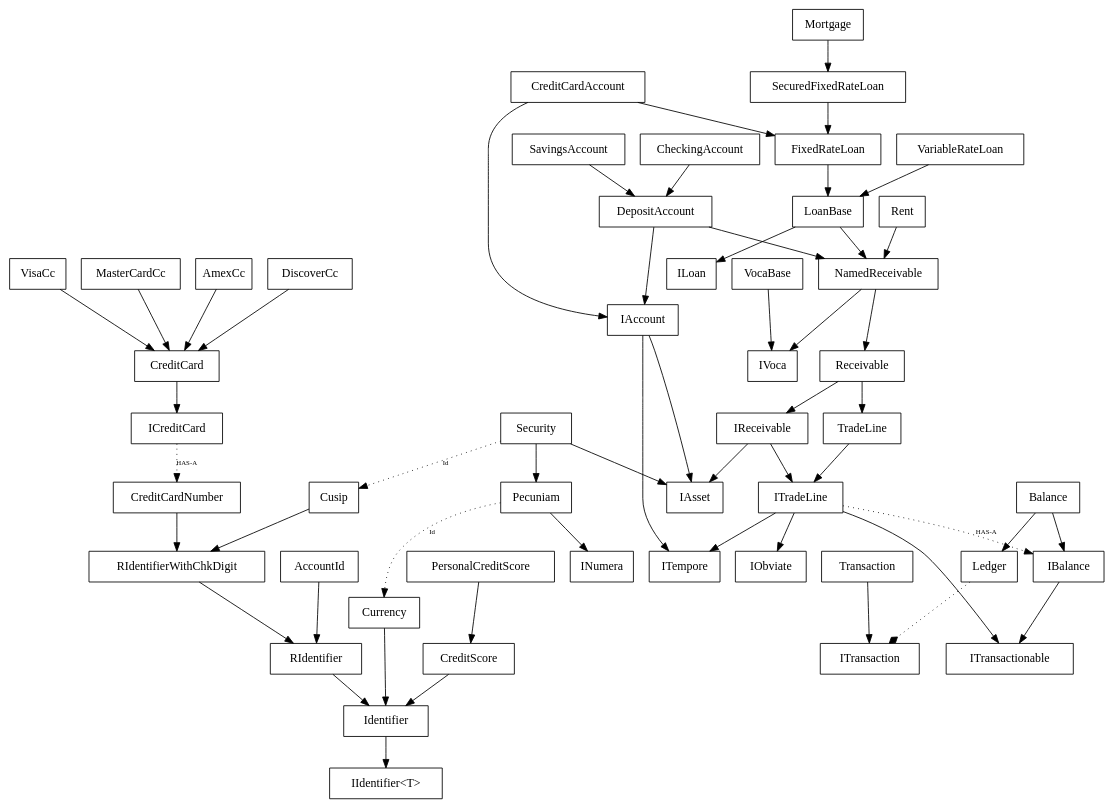
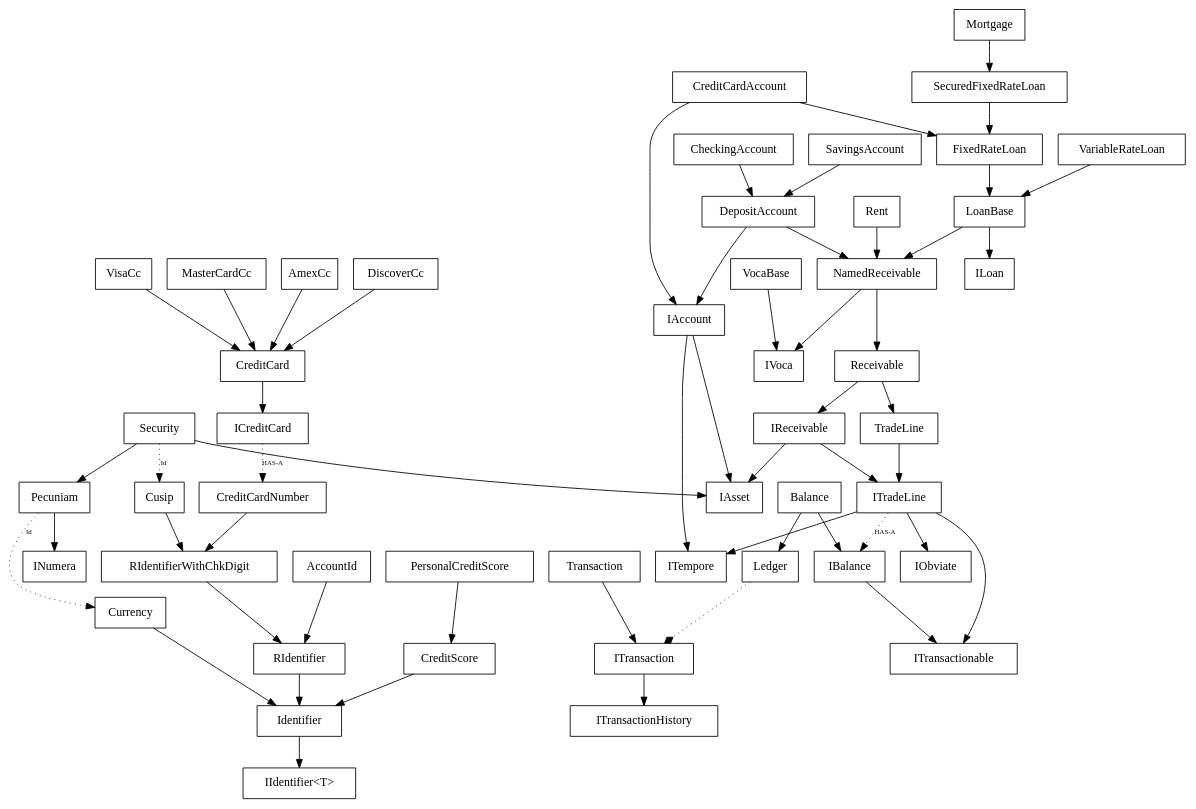
The diagram in trunk/Code/NoFuture/Rand/Sp/__ClassDiagram.gv (nofuture-git/31g), drawn with Graphviz before and after one commit. The commit also changed 5 other files, not shown here.

```diff
--- a/trunk/Code/NoFuture/Rand/Sp/__ClassDiagram.gv
+++ b/trunk/Code/NoFuture/Rand/Sp/__ClassDiagram.gv
@@ -1,58 +1,59 @@
 digraph noFutureRandDataSp {
     node [fontname=Consolas, shape=box]
     
     StringId [label="IIdentifier<T>"]
     
     Mortgage -> SecuredFixedRateLoan
     SecuredFixedRateLoan -> FixedRateLoan
     CreditCardAccount -> FixedRateLoan
     CreditCardAccount -> IAccount
     FixedRateLoan -> LoanBase
     LoanBase -> NamedReceivable
     Rent -> NamedReceivable
     CheckingAccount -> DepositAccount
     SavingsAccount -> DepositAccount
     DepositAccount -> NamedReceivable
     DepositAccount -> IAccount
     Receivable -> IReceivable
     Receivable -> TradeLine
     IReceivable -> ITradeLine
     IReceivable -> IAsset
     VocaBase -> IVoca
     LoanBase -> ILoan
     TradeLine -> ITradeLine
     ITradeLine -> ITempore
     ITradeLine -> ITransactionable
     ITradeLine -> IObviate
     IAccount -> IAsset
     IAccount -> ITempore
     NamedReceivable -> Receivable
     NamedReceivable -> IVoca
     ITradeLine -> IBalance [style="dotted" label="HAS-A",fontname=Consolas, fontsize=8]
     Balance -> IBalance
     Balance -> Ledger
     VariableRateLoan -> LoanBase
     Security -> IAsset
     Security -> Pecuniam
     Security -> Cusip [style="dotted", label="Id",fontname=Consolas, fontsize=8]
     Cusip -> RIdentifierWithChkDigit
     RIdentifierWithChkDigit -> RIdentifier
     RIdentifier -> Identifier
     Pecuniam -> Currency [style="dotted", label="Id",fontname=Consolas, fontsize=8]
     Currency -> Identifier
     Pecuniam -> INumera
     CreditScore -> Identifier
     PersonalCreditScore -> CreditScore
     CreditCardNumber -> RIdentifierWithChkDigit
     VisaCc -> CreditCard
     MasterCardCc -> CreditCard
     AmexCc -> CreditCard
     DiscoverCc -> CreditCard
     CreditCard -> ICreditCard
     ICreditCard -> CreditCardNumber [style="dotted" label="HAS-A",fontname=Consolas, fontsize=8]
     Identifier -> StringId
     IBalance -> ITransactionable
     AccountId -> RIdentifier
     Ledger -> ITransaction [style="dotted" arrowhead="diamond"]
     Transaction -> ITransaction
+    ITransaction -> ITransactionHistory 
 }
```
